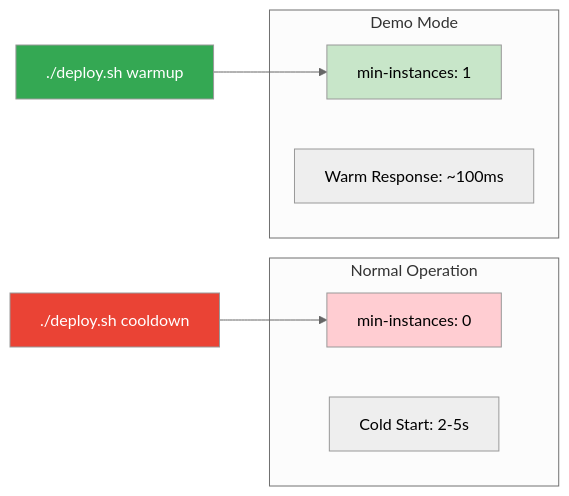
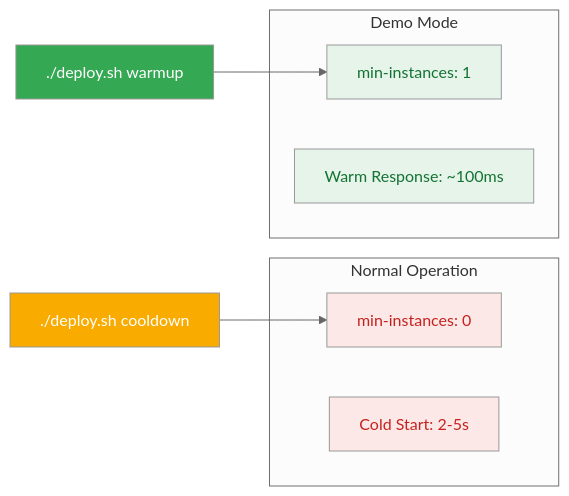
Diagram 17 of 23 in ARCHITECTURE.md (gadekar-pravin/InsightAgent), drawn with Mermaid (neutral theme) before and after one commit. The commit also changed other lines of this file, not shown here.

First line of the commit message:
Implement consistent color theme for all Mermaid diagrams

````diff
--- a/ARCHITECTURE.md
+++ b/ARCHITECTURE.md
@@ -673,20 +763,22 @@
 ```mermaid
 flowchart LR
     subgraph "Normal Operation"
         MIN0[min-instances: 0]
         COLD[Cold Start: 2-5s]
     end
 
     subgraph "Demo Mode"
         MIN1[min-instances: 1]
         WARM[Warm Response: ~100ms]
     end
 
     WARMUP[./deploy.sh warmup] --> MIN1
     COOLDOWN[./deploy.sh cooldown] --> MIN0
 
-    style MIN0 fill:#FFCDD2
-    style MIN1 fill:#C8E6C9
+    style MIN0 fill:#FCE8E6,color:#C5221F
+    style COLD fill:#FCE8E6,color:#C5221F
+    style MIN1 fill:#E6F4EA,color:#137333
+    style WARM fill:#E6F4EA,color:#137333
     style WARMUP fill:#34A853,color:#fff
-    style COOLDOWN fill:#EA4335,color:#fff
+    style COOLDOWN fill:#F9AB00,color:#fff
 ```
````
